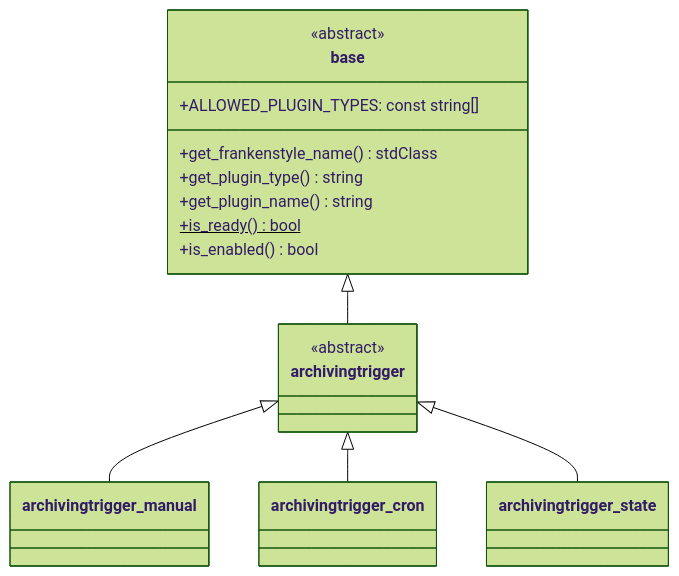
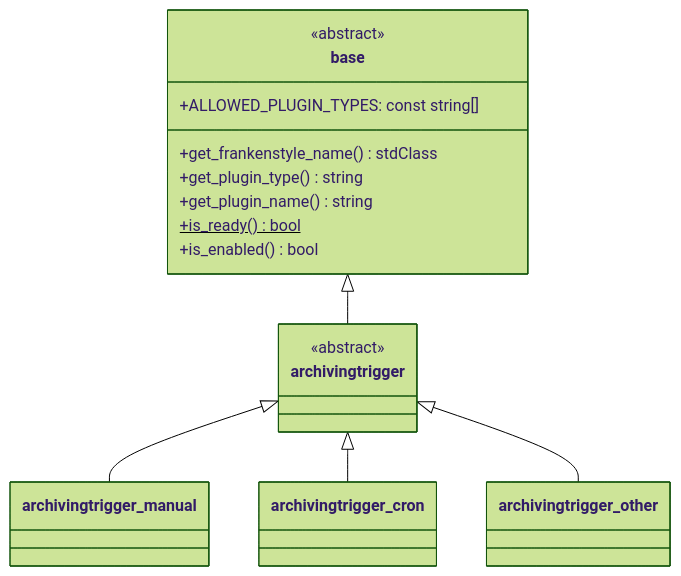
One commit to ngandrass/moodle-local_archiving changed the diagram in docs/dev/api/archiving-triggers.md. Above: the diagram before and after it, drawn with Mermaid (forest theme). The commit also changed 2 other files, not shown here.

Commit message:
docs: Improve archiving trigger component description

````diff
--- a/docs/dev/api/archiving-triggers.md
+++ b/docs/dev/api/archiving-triggers.md
@@ -20,36 +20,36 @@
 ```mermaid
 classDiagram
     direction TB
 
     class archivingtrigger {
         <<abstract>>
     }
     
     class base {
         <<abstract>>
         +ALLOWED_PLUGIN_TYPES: const string[]
             
         +get_frankenstyle_name() stdClass
         +get_plugin_type() string
         +get_plugin_name() string
         +is_ready()$ bool
         +is_enabled() bool
     }
     
     class archivingtrigger_manual {
     }
 
     class archivingtrigger_cron {
     }
 
-    class archivingtrigger_state {
+    class archivingtrigger_other {
     }
     
     %% Relationships
     base  <|--  archivingtrigger
     archivingtrigger <|-- archivingtrigger_manual
     archivingtrigger <|-- archivingtrigger_cron
-    archivingtrigger <|-- archivingtrigger_state
+    archivingtrigger <|-- archivingtrigger_other
     
     %% style
 ```
````
